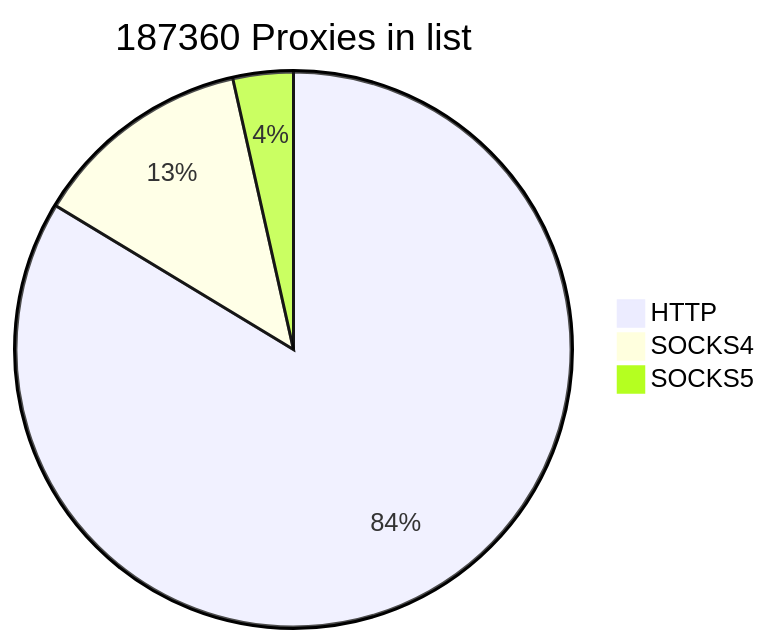
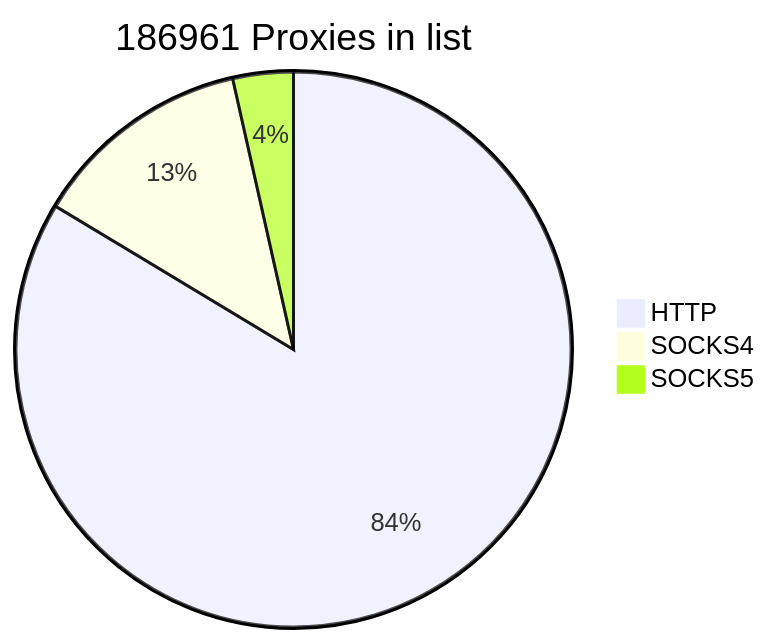
The first of 2 diagrams in README.md (cutipu/proxylist), drawn with Mermaid before and after one commit. The commit also changed other lines of this file, not shown here.

````diff
--- a/README.md
+++ b/README.md
@@ -2,7 +2,7 @@
 ```mermaid
-pie title 187360 Proxies in list
-    "HTTP" : 156746
+pie title 186961 Proxies in list
+    "HTTP" : 156347
     "SOCKS4" : 24041
     "SOCKS5" : 6573
             
 ```
````
